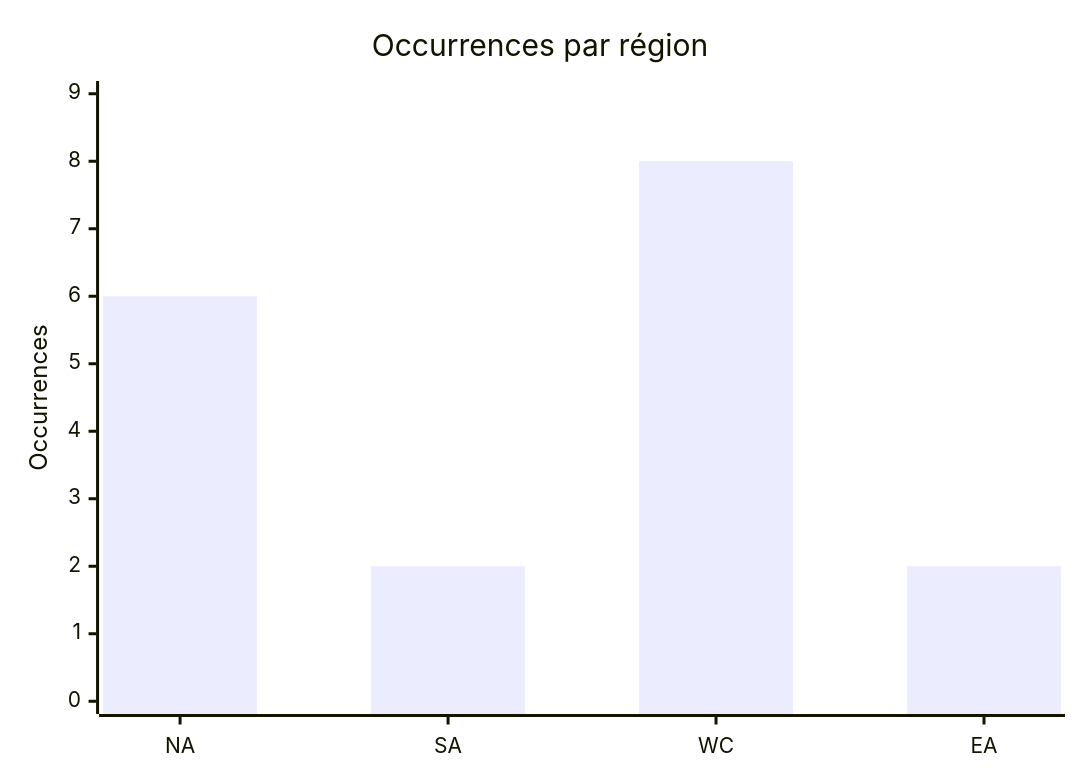
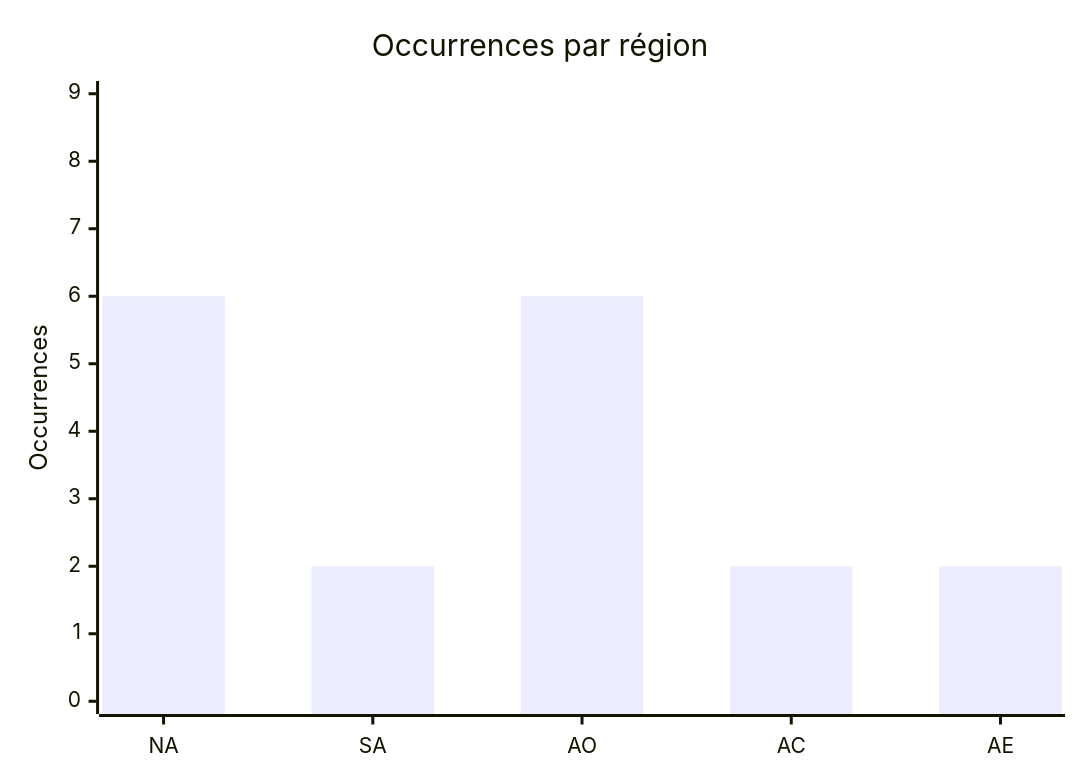
Before and after one commit to Hatchepsoute/AFRINTEL: the third of 4 diagrams in CyberAttackAfrica/2025/09-september/README_FR.md, drawn with Mermaid. The commit also changed other lines of this file and 109 other files, not shown here.

````diff
--- a/CyberAttackAfrica/2025/09-september/README_FR.md
+++ b/CyberAttackAfrica/2025/09-september/README_FR.md
@@ -160,7 +161,7 @@
 ```mermaid
 xychart
     title "Occurrences par région"
-    x-axis ["NA","SA","WC","EA"]
+    x-axis ["NA","SA","AO","AC","AE"]
     y-axis "Occurrences" 0 --> 9
-    bar [6,2,8,2]
+    bar [6,2,6,2,2]
 ```
````
